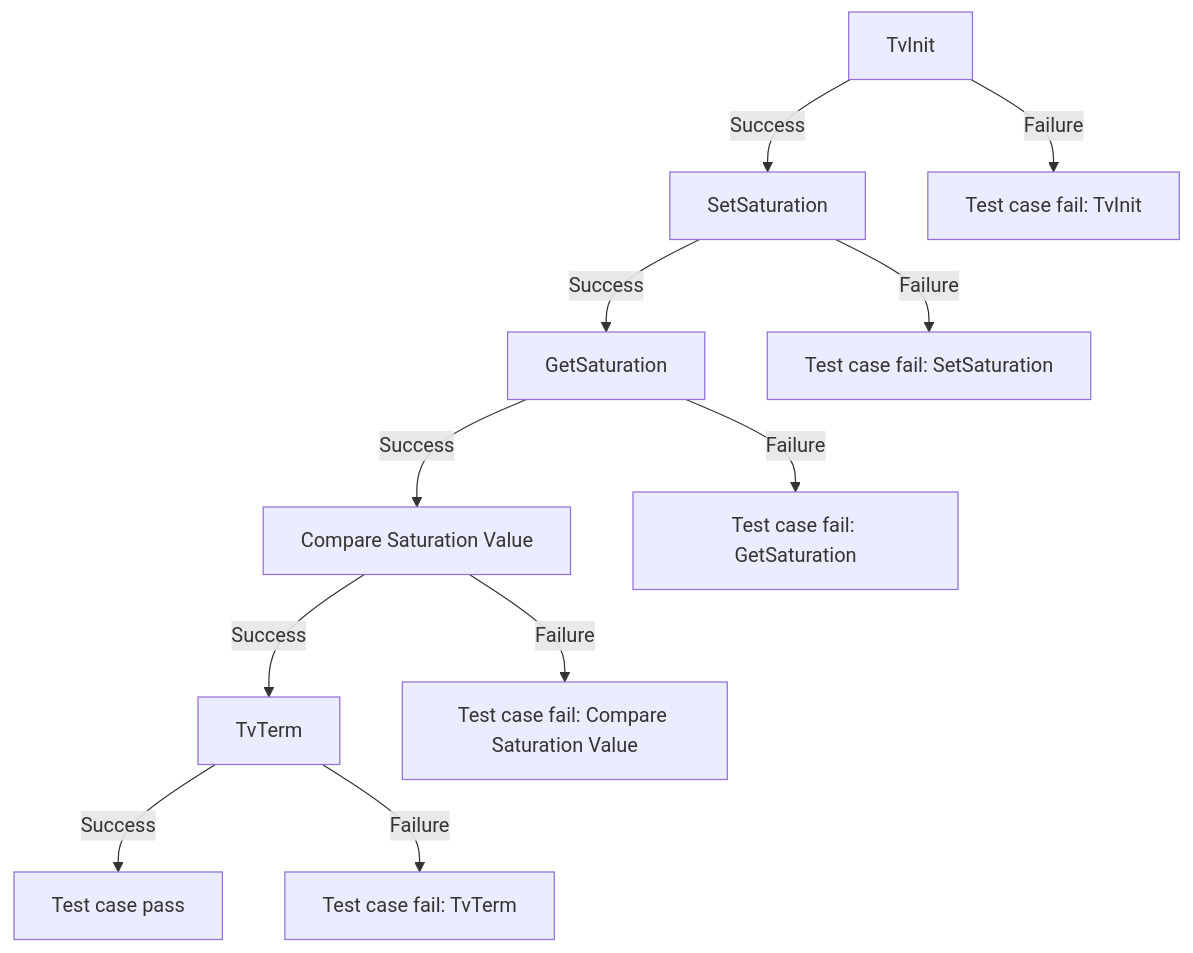
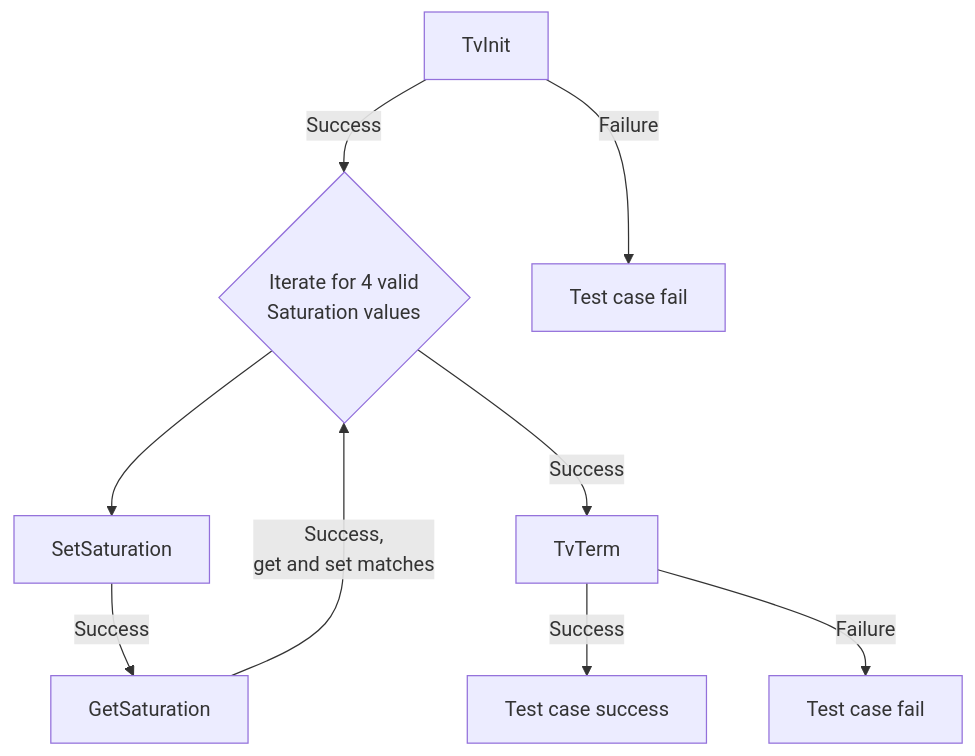
Diagram 16 of 48 in docs/pages/tvSettings_L2_Low-Level_TestSpecification.md (rdkcentral/rdkv-halif-test-tvsettings), drawn with Mermaid before and after one commit. The commit also changed other lines of this file and 1 other file, not shown here.

````diff
--- a/docs/pages/tvSettings_L2_Low-Level_TestSpecification.md
+++ b/docs/pages/tvSettings_L2_Low-Level_TestSpecification.md
@@ -767,13 +748,11 @@
 ```mermaid
 graph TB
-A[TvInit] -->|Success| B[SetSaturation]
-A -->|Failure| A1[Test case fail: TvInit]
-B -->|Success| C[GetSaturation]
-B -->|Failure| B1[Test case fail: SetSaturation]
-C -->|Success| D[Compare Saturation Value]
-C -->|Failure| C1[Test case fail: GetSaturation]
-D -->|Success| E[TvTerm]
-D -->|Failure| D1[Test case fail: Compare Saturation Value]
-E -->|Success| F[Test case pass]
-E -->|Failure| E1[Test case fail: TvTerm]
+A[TvInit] -->|Success| Loop{Iterate for 4 valid <br> Saturation values}
+Loop --> B[SetSaturation]
+A -->|Failure| A1[Test case fail]
+B -->|Success| D[GetSaturation]
+D -->|Success, <br> get and set matches| Loop
+Loop -->|Success| G[TvTerm]
+G -->|Success| H[Test case success]
+G -->|Failure| G1[Test case fail]
 ```
````
